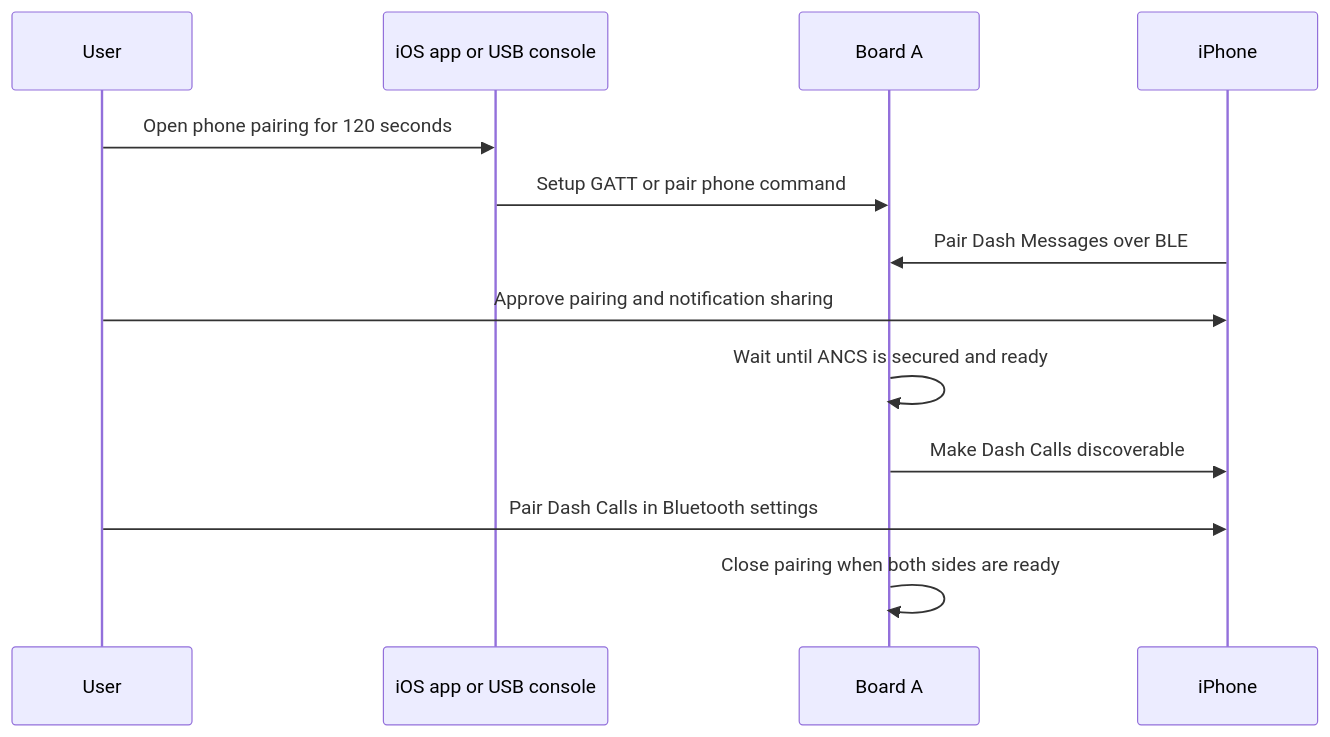
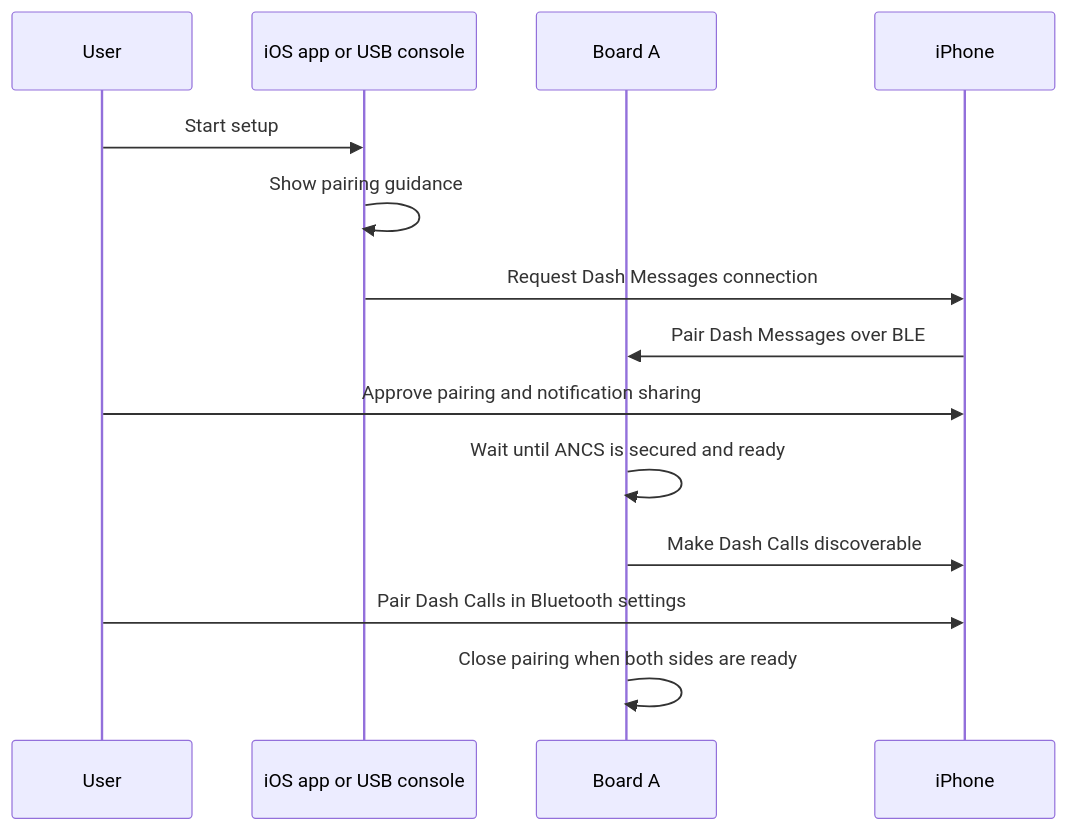
One commit to thomasgregg/DashBridge changed the second of 2 diagrams in ARCHITECTURE.md. Above: the diagram before and after it, drawn with Mermaid. The commit also changed other lines of this file and 43 other files, not shown here.

````diff
--- a/ARCHITECTURE.md
+++ b/ARCHITECTURE.md
@@ -89,16 +89,17 @@
 ```mermaid
 sequenceDiagram
     participant User
     participant App as iOS app or USB console
     participant A as Board A
     participant Phone as iPhone
 
-    User->>App: Open phone pairing for 120 seconds
-    App->>A: Setup GATT or pair phone command
+    User->>App: Start setup
+    App->>App: Show pairing guidance
+    App->>Phone: Request Dash Messages connection
     Phone->>A: Pair Dash Messages over BLE
     User->>Phone: Approve pairing and notification sharing
     A->>A: Wait until ANCS is secured and ready
     A->>Phone: Make Dash Calls discoverable
     User->>Phone: Pair Dash Calls in Bluetooth settings
     A->>A: Close pairing when both sides are ready
 ```
````
